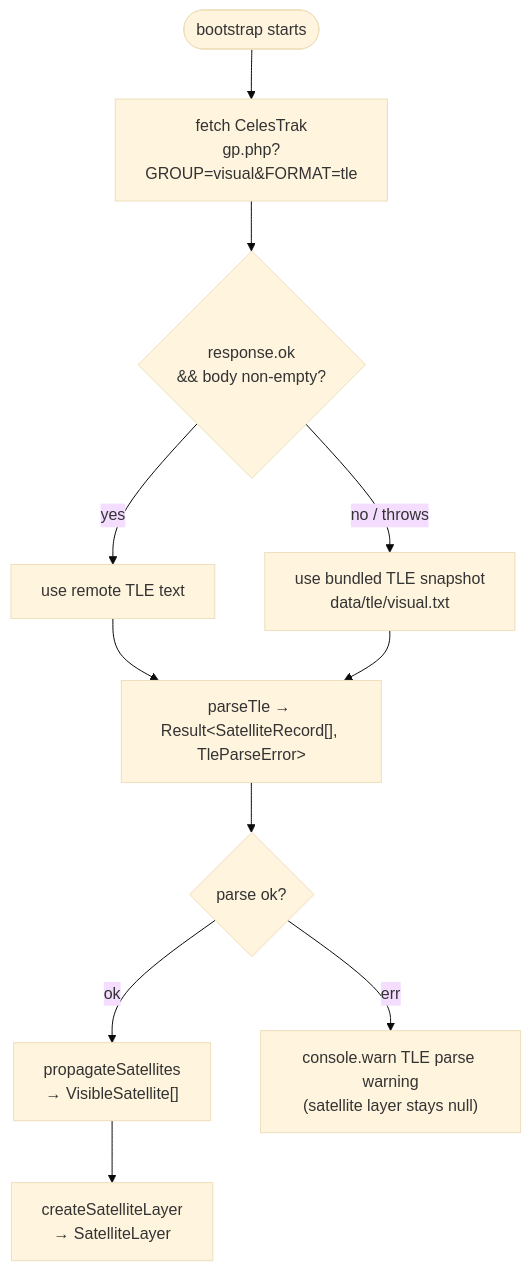
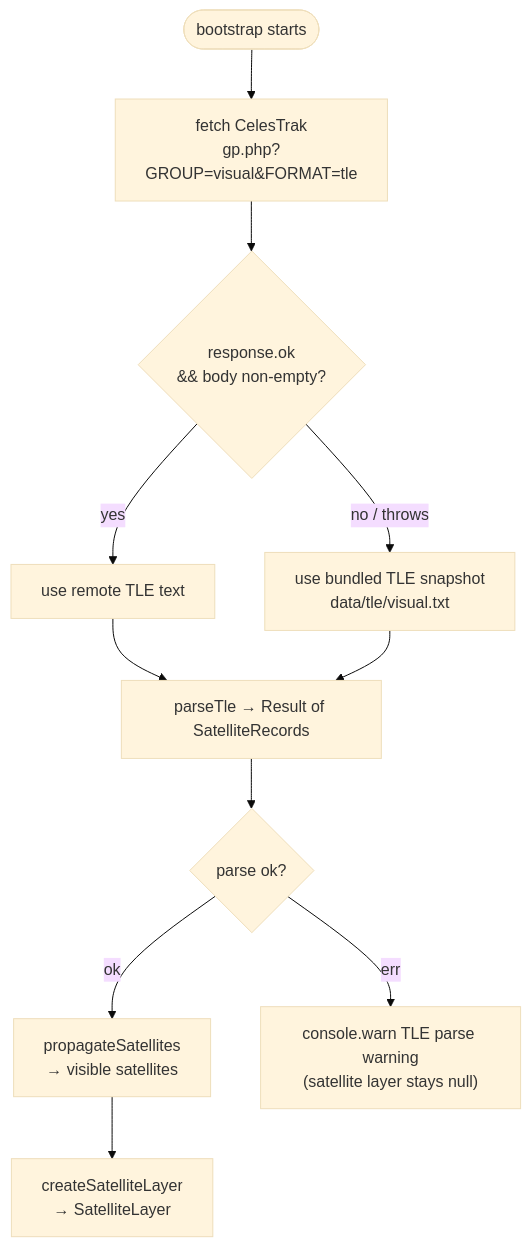
Before and after one commit to robsartin/planisphere: the fourth of 4 diagrams in docs/architecture.md, drawn with Mermaid (base theme). The commit also changed other lines of this file, not shown here.

Commit message:
fix: escape brackets in Mermaid flowchart labels for GitHub rendering (#133)

````diff
--- a/docs/architecture.md
+++ b/docs/architecture.md
@@ -133,24 +133,24 @@
 ```mermaid
 flowchart TD
     Start([bootstrap starts])
     Fetch["fetch CelesTrak\ngp.php?GROUP=visual&FORMAT=tle"]
     NetOk{response.ok\n&& body non-empty?}
     UseRemote["use remote TLE text"]
     UseBundled["use bundled TLE snapshot\ndata/tle/visual.txt"]
-    Parse["parseTle → Result&lt;SatelliteRecord[], TleParseError&gt;"]
+    Parse["parseTle → Result of SatelliteRecords"]
     ParseOk{parse ok?}
-    Propagate["propagateSatellites\n→ VisibleSatellite[]"]
+    Propagate["propagateSatellites\n→ visible satellites"]
     CreateLayer["createSatelliteLayer\n→ SatelliteLayer"]
     WarnParse["console.warn TLE parse warning\n(satellite layer stays null)"]
 
     Start --> Fetch
     Fetch --> NetOk
     NetOk -->|yes| UseRemote
     NetOk -->|no / throws| UseBundled
     UseRemote --> Parse
     UseBundled --> Parse
     Parse --> ParseOk
     ParseOk -->|ok| Propagate
     ParseOk -->|err| WarnParse
     Propagate --> CreateLayer
 ```
````
